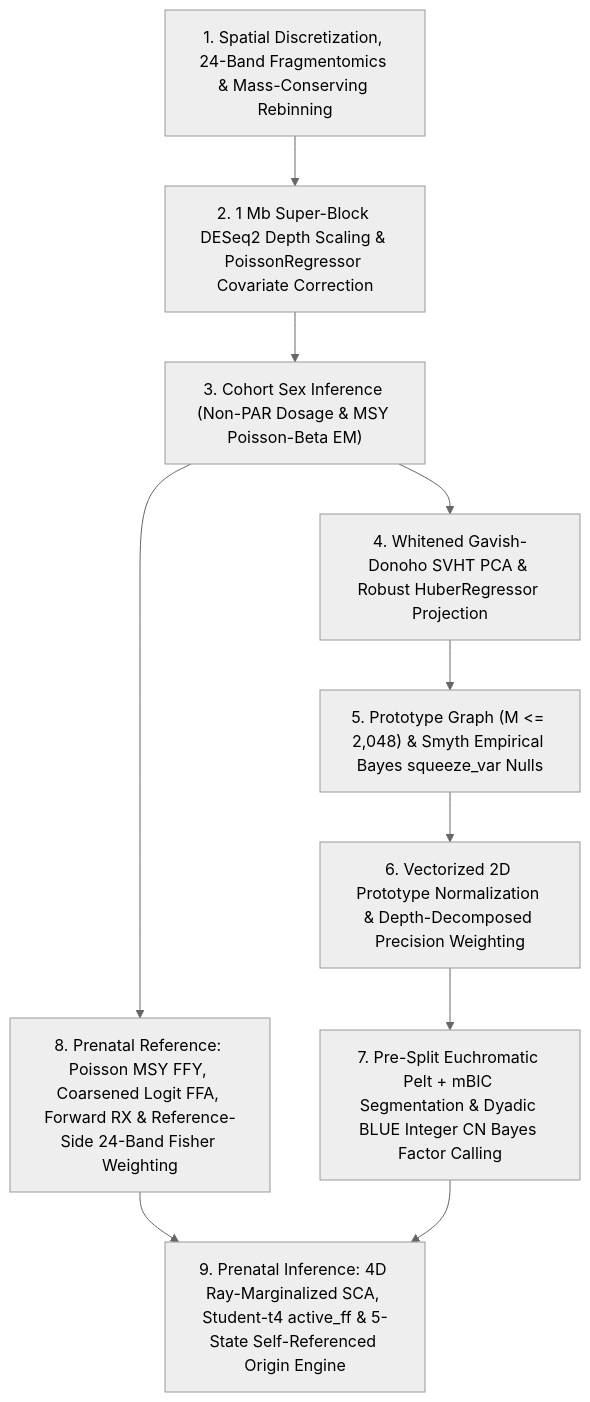
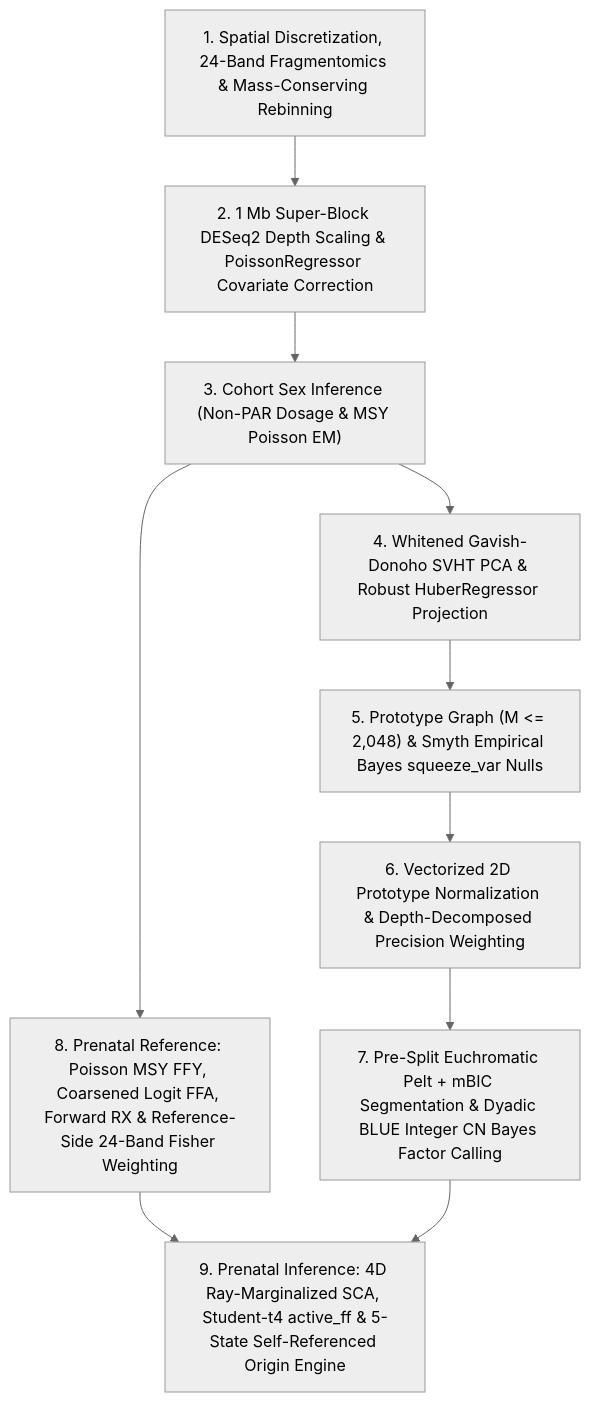
Before and after one commit to matthdsm/ccnv: the diagram in docs/methodology.md, drawn with Mermaid (neutral theme). The commit also changed other lines of this file and 15 other files, not shown here.

````diff
--- a/docs/methodology.md
+++ b/docs/methodology.md
@@ -14,12 +14,12 @@
 ```mermaid
 flowchart TD
     S1["1. Spatial Discretization, 24-Band Fragmentomics & Mass-Conserving Rebinning"] --> S2["2. 1 Mb Super-Block DESeq2 Depth Scaling & PoissonRegressor Covariate Correction"]
-    S2 --> S3["3. Cohort Sex Inference (Non-PAR Dosage & MSY Poisson-Beta EM)"]
+    S2 --> S3["3. Cohort Sex Inference (Non-PAR Dosage & MSY Poisson EM)"]
     S3 --> S4["4. Whitened Gavish-Donoho SVHT PCA & Robust HuberRegressor Projection"]
     S4 --> S5["5. Prototype Graph (M <= 2,048) & Smyth Empirical Bayes squeeze_var Nulls"]
     S5 --> S6["6. Vectorized 2D Prototype Normalization & Depth-Decomposed Precision Weighting"]
     S6 --> S7["7. Pre-Split Euchromatic Pelt + mBIC Segmentation & Dyadic BLUE Integer CN Bayes Factor Calling"]
     S3 --> S8["8. Prenatal Reference: Poisson MSY FFY, Coarsened Logit FFA, Forward RX & Reference-Side 24-Band Fisher Weighting"]
     S8 --> S9["9. Prenatal Inference: 4D Ray-Marginalized SCA, Student-t4 active_ff & 5-State Self-Referenced Origin Engine"]
     S7 --> S9
 ```
````
